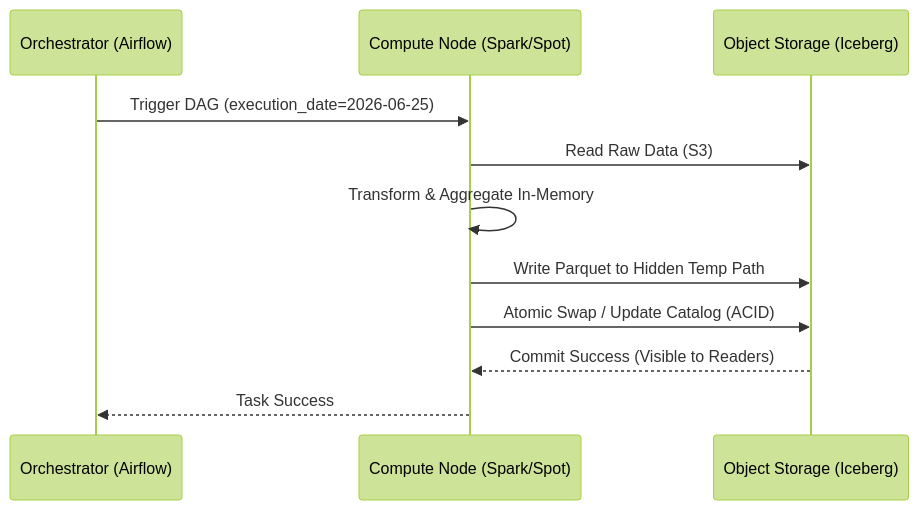
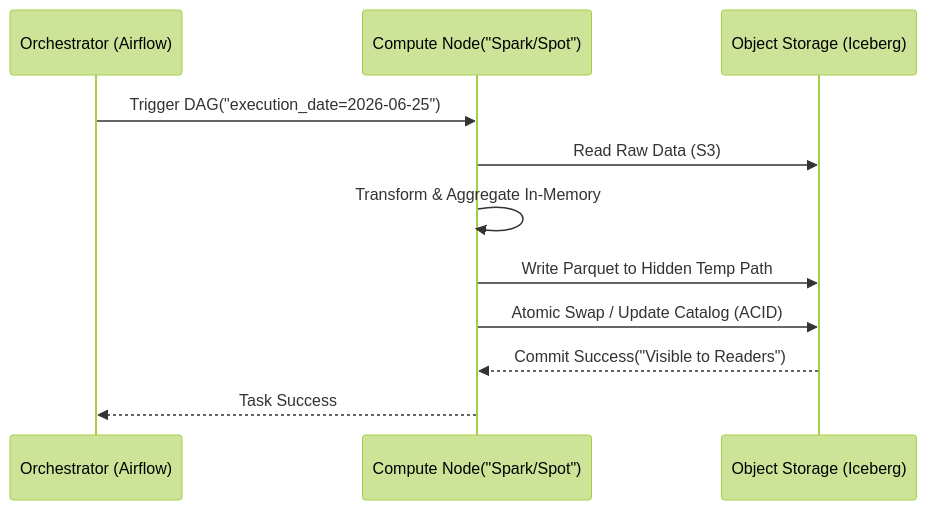
One commit to kythuatdulieu/kythuatdulieu.github.io changed the second of 2 diagrams in src/content/docs/concepts/2-data-ingestion-integration/etl.md. Above: the diagram before and after it, drawn with Mermaid (forest theme). The commit also changed other lines of this file and 190 other files, not shown here.

Commit message:
fix: resolve mermaid syntax, math rendering, and metadata issues from content rewrite

````diff
--- a/src/content/docs/concepts/2-data-ingestion-integration/etl.md
+++ b/src/content/docs/concepts/2-data-ingestion-integration/etl.md
@@ -133,14 +133,14 @@
 ```mermaid
 sequenceDiagram
     participant O as Orchestrator (Airflow)
-    participant C as Compute Node (Spark/Spot)
+    participant C as Compute Node("Spark/Spot")
     participant S as Object Storage (Iceberg)
     
-    O->>C: Trigger DAG (execution_date=2026-06-25)
+    O->>C: Trigger DAG("execution_date=2026-06-25")
     C->>S: Read Raw Data (S3)
     C->>C: Transform & Aggregate In-Memory
     C->>S: Write Parquet to Hidden Temp Path
     C->>S: Atomic Swap / Update Catalog (ACID)
-    S-->>C: Commit Success (Visible to Readers)
+    S-->>C: Commit Success("Visible to Readers")
     C-->>O: Task Success
 ```
````
